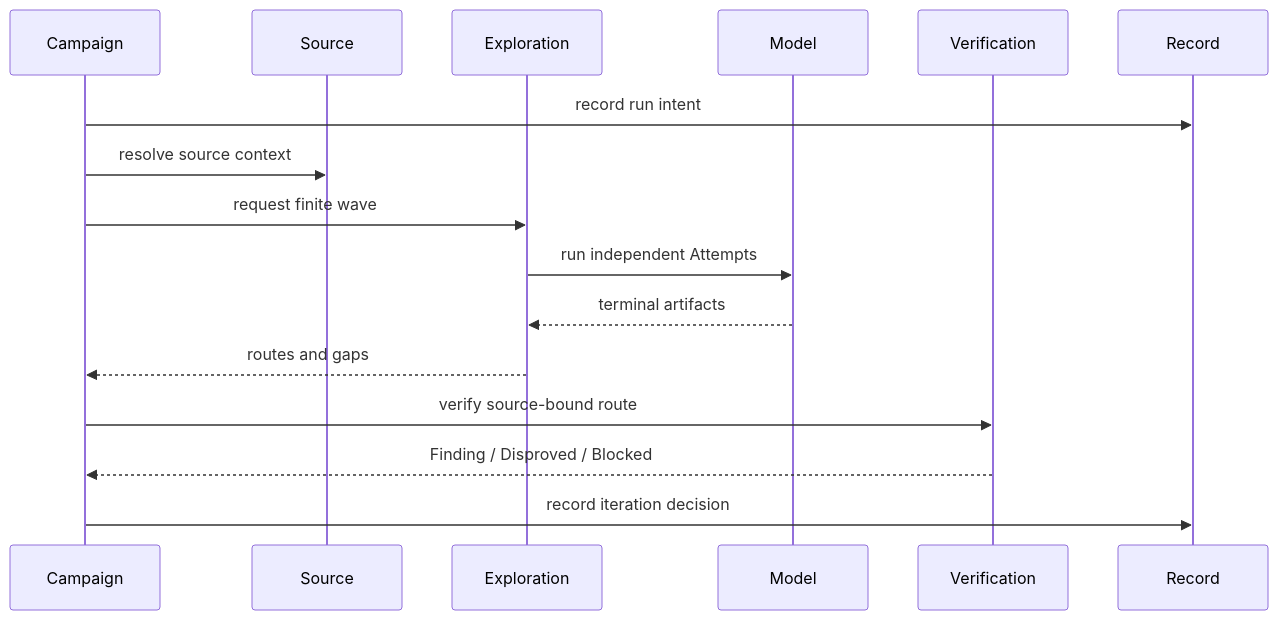
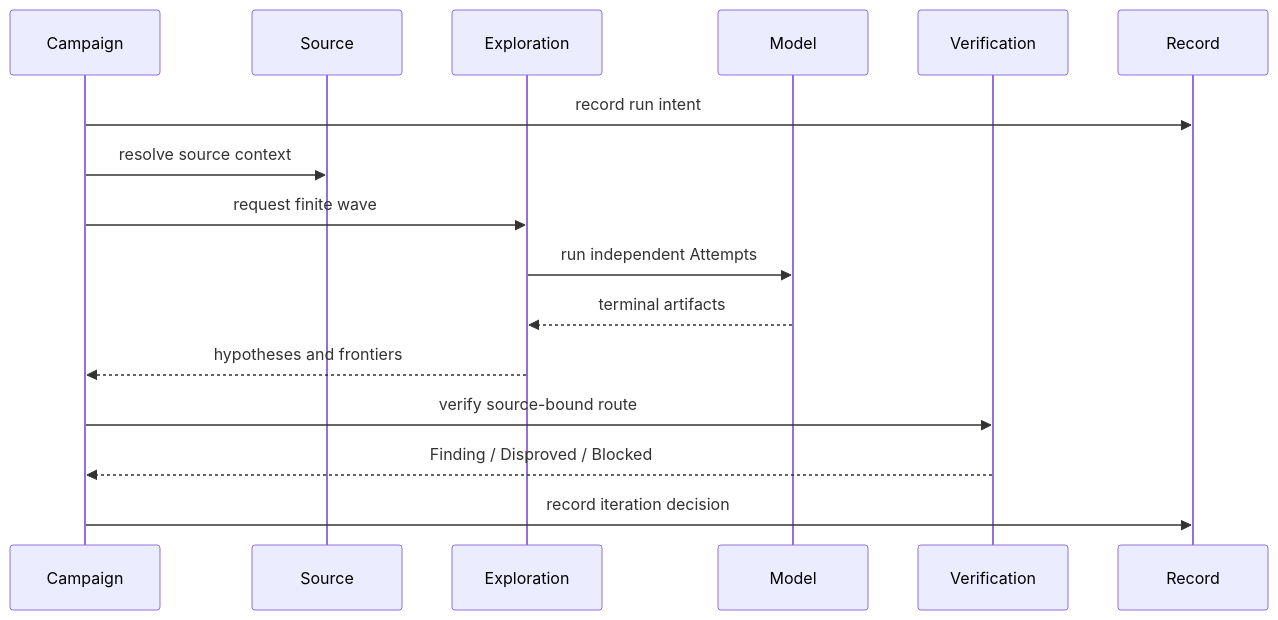
Before and after one commit to momoponwork1415-lgtm/wordpress-harness: the third of 3 diagrams in docs/design/architecture/module-map.md, drawn with Mermaid. The commit also changed other lines of this file and 34 other files, not shown here.

````diff
--- a/docs/design/architecture/module-map.md
+++ b/docs/design/architecture/module-map.md
@@ -66,19 +66,19 @@
 ```mermaid
 sequenceDiagram
     participant CC as Campaign
     participant SU as Source
     participant EX as Exploration
     participant ME as Model
     participant VE as Verification
     participant RR as Record
 
     CC->>RR: record run intent
     CC->>SU: resolve source context
     CC->>EX: request finite wave
     EX->>ME: run independent Attempts
     ME-->>EX: terminal artifacts
-    EX-->>CC: routes and gaps
+    EX-->>CC: hypotheses and frontiers
     CC->>VE: verify source-bound route
     VE-->>CC: Finding / Disproved / Blocked
     CC->>RR: record iteration decision
 ```
````
